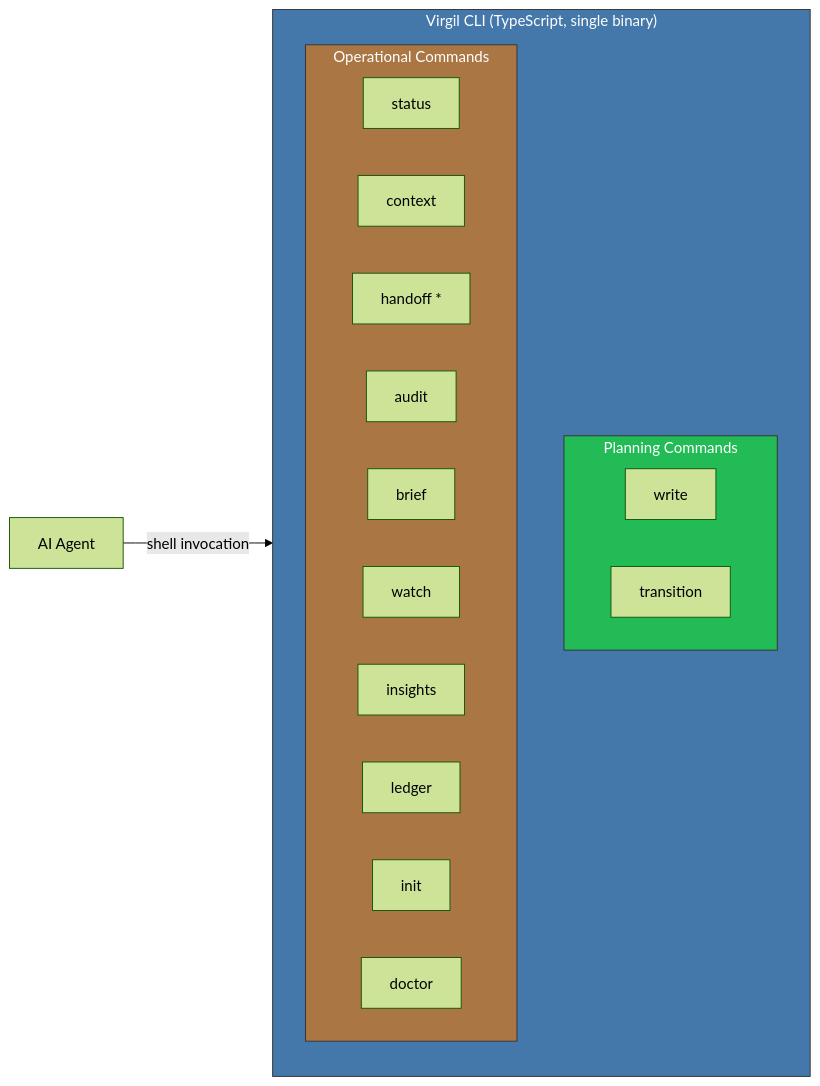
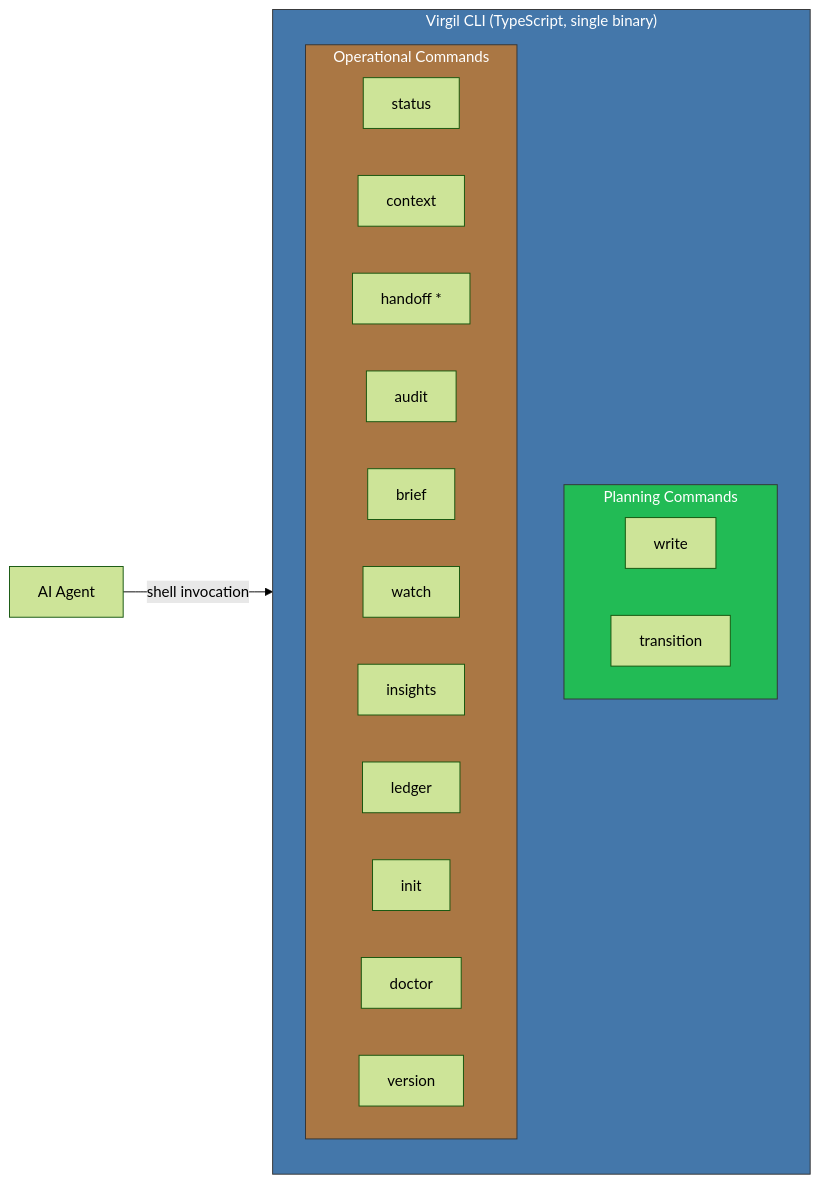
One commit to virgenherrera/virgil changed the second of 6 diagrams in COURSE-CORRECTION.md. Above: the diagram before and after it, drawn with Mermaid (forest theme). The commit also changed other lines of this file and 3 other files, not shown here.

````diff
--- a/COURSE-CORRECTION.md
+++ b/COURSE-CORRECTION.md
@@ -76,28 +76,29 @@
 ```mermaid
 flowchart LR
     subgraph CLI["Virgil CLI (TypeScript, single binary)"]
         direction TB
         subgraph PLAN["Planning Commands"]
             P_WRITE["write"]
             P_TRANSITION["transition"]
         end
         subgraph OPS["Operational Commands"]
             STATUS["status"]
             CONTEXT["context"]
             HANDOFF["handoff *"]
             AUDIT["audit"]
             BRIEF["brief"]
             WATCH["watch"]
             INSIGHTS["insights"]
             LEDGER["ledger"]
             INIT["init"]
             DOCTOR["doctor"]
+            VERSION["version"]
         end
     end
 
     AGENT["AI Agent"] -->|"shell invocation"| CLI
 
     style CLI fill:#47a,stroke:#333,color:#fff
     style PLAN fill:#2b5,stroke:#333,color:#fff
     style OPS fill:#a74,stroke:#333,color:#fff
 ```
````
